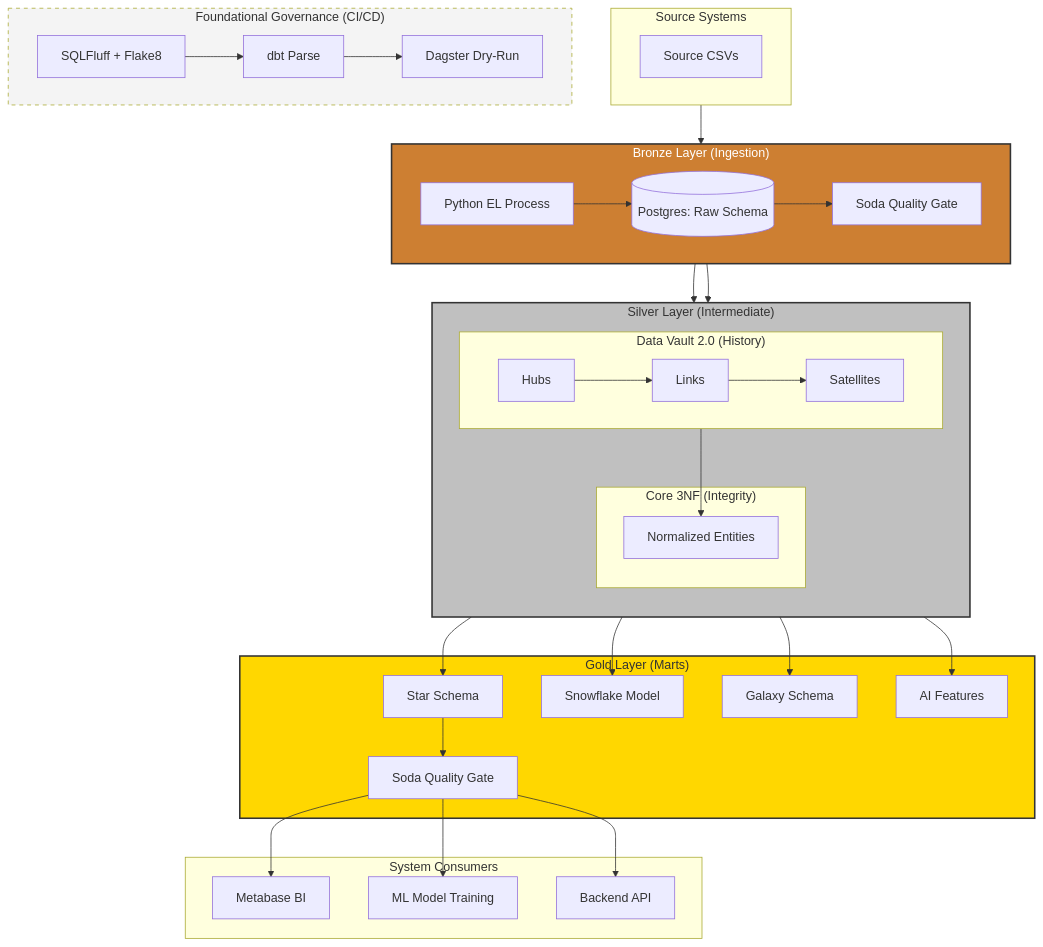
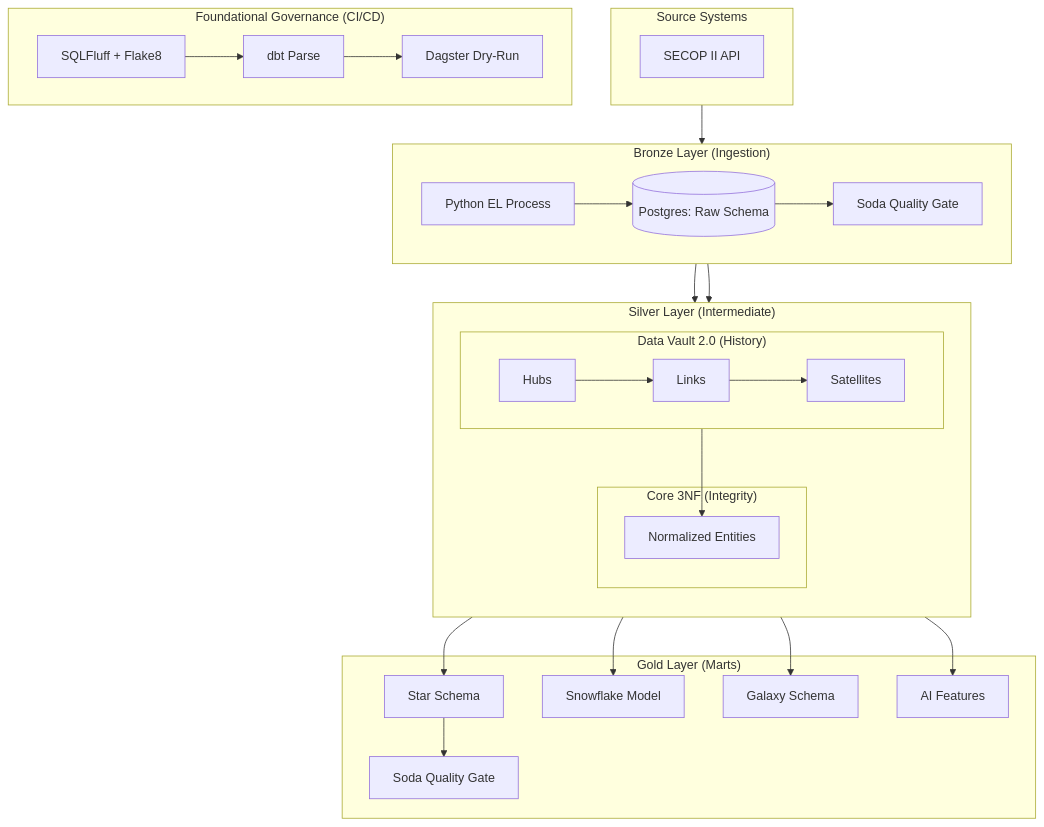
The diagram in README.md (26-jorge-01/analytics-modeling-lab), drawn with Mermaid before and after one commit. The commit also changed other lines of this file and 7 other files, not shown here.

````diff
--- a/README.md
+++ b/README.md
@@ -69,52 +62,41 @@
 ```mermaid
 graph TB
     subgraph SD["Source Systems"]
-        CSV[Source CSVs]
+        API[SECOP II API]
     end
 
     subgraph CI["Foundational Governance (CI/CD)"]
         direction LR
         Lint[SQLFluff + Flake8] --> DP[dbt Parse]
         DP --> DVC[Dagster Dry-Run]
     end
 
     subgraph Bronze["Bronze Layer (Ingestion)"]
         direction LR
         EL[Python EL Process] --> Raw[(Postgres: Raw Schema)]
         Raw --> SodaB[Soda Quality Gate]
     end
 
     subgraph Silver["Silver Layer (Intermediate)"]
         direction TB
         subgraph DV["Data Vault 2.0 (History)"]
             Hubs[Hubs] --> Links[Links] --> Sats[Satellites]
         end
         subgraph Core["Core 3NF (Integrity)"]
             Norm[Normalized Entities]
         end
         DV --> Norm
     end
 
     subgraph Gold["Gold Layer (Marts)"]
         Norm --> Star[Star Schema]
         Norm --> Snow[Snowflake Model]
         Norm --> Gal[Galaxy Schema]
         Norm --> AI[AI Features]
         Star --> SodaG[Soda Quality Gate]
     end
 
-    subgraph Consumption["System Consumers"]
-        SodaG --> MB[Metabase BI]
-        SodaG --> ML[ML Model Training]
-        SodaG --> API[Backend API]
-    end
-
     SD --> EL
     SodaB --> DV
     SodaB --> Norm
-
-    style Bronze fill:#cd7f32,stroke:#333,stroke-width:2px,color:#fff
-    style Silver fill:#c0c0c0,stroke:#333,stroke-width:2px,color:#333
-    style Gold fill:#ffd700,stroke:#333,stroke-width:2px,color:#333
-    style CI fill:#f4f4f4,stroke-dasharray: 5 5
 ```
````
